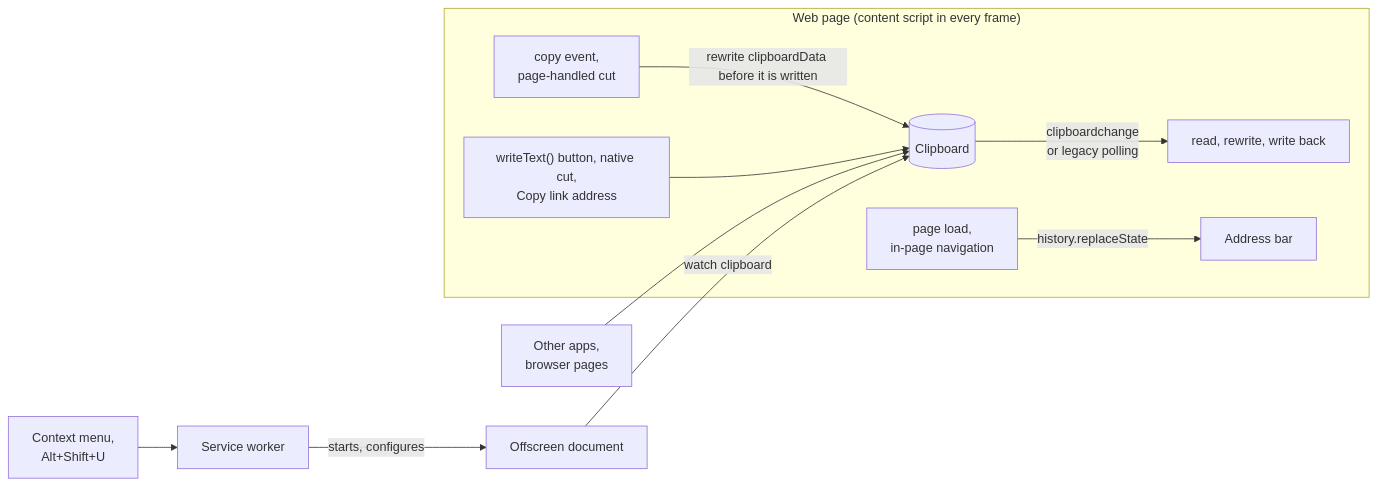
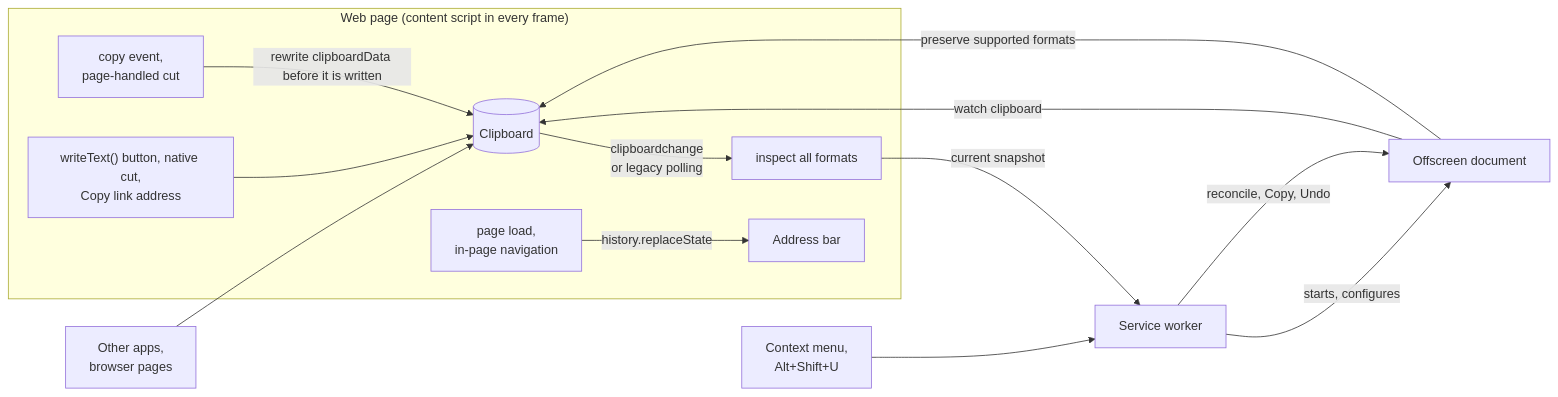
One commit to pszemraj/utm-randomizer changed the diagram in README.md. Above: the diagram before and after it, drawn with Mermaid. The commit also changed other lines of this file and 17 other files, not shown here.

````diff
--- a/README.md
+++ b/README.md
@@ -69,13 +71,16 @@
 ```mermaid
 flowchart LR
   subgraph page["Web page (content script in every frame)"]
     copy["copy event,<br/>page-handled cut"] -->|"rewrite clipboardData before it is written"| clip[("Clipboard")]
     other["writeText() button, native cut,<br/>Copy link address"] --> clip
-    clip -->|"clipboardchange<br/>or legacy polling"| fix["read, rewrite, write back"]
+    clip -->|"clipboardchange<br/>or legacy polling"| fix["inspect all formats"]
     load["page load,<br/>in-page navigation"] -->|"history.replaceState"| bar["Address bar"]
   end
   apps["Other apps,<br/>browser pages"] --> clip
   worker["Service worker"] -->|"starts, configures"| offscreen["Offscreen document"]
   offscreen -->|"watch clipboard"| clip
+  fix -->|"current snapshot"| worker
+  worker -->|"reconcile, Copy, Undo"| offscreen
+  offscreen -->|"preserve supported formats"| clip
   menu["Context menu,<br/>Alt+Shift+U"] --> worker
 ```
````
